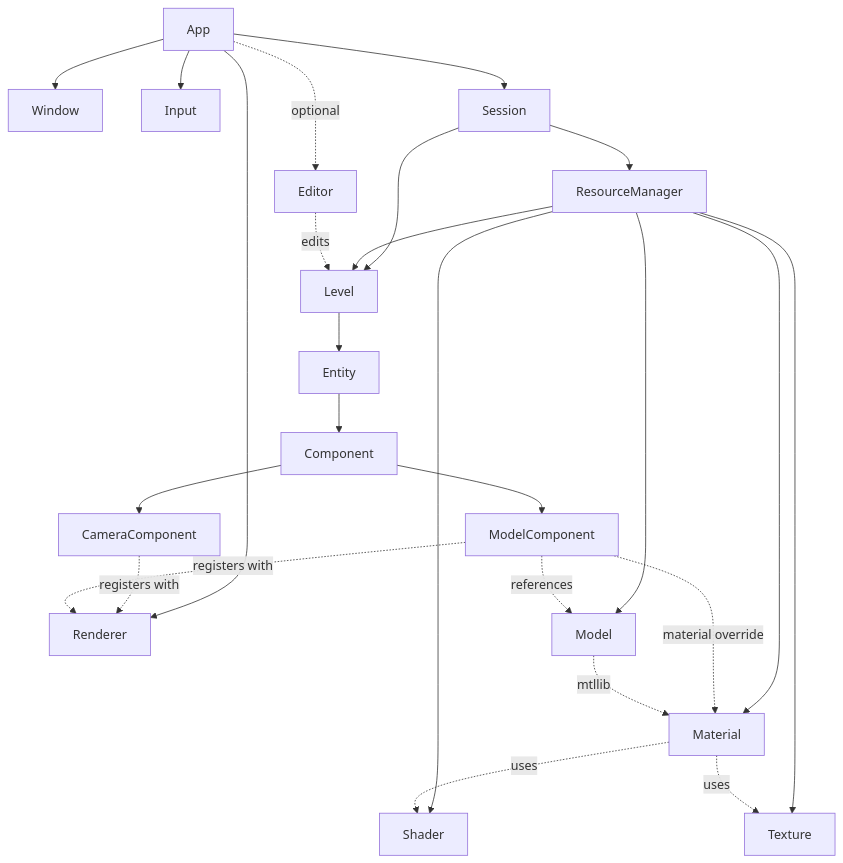
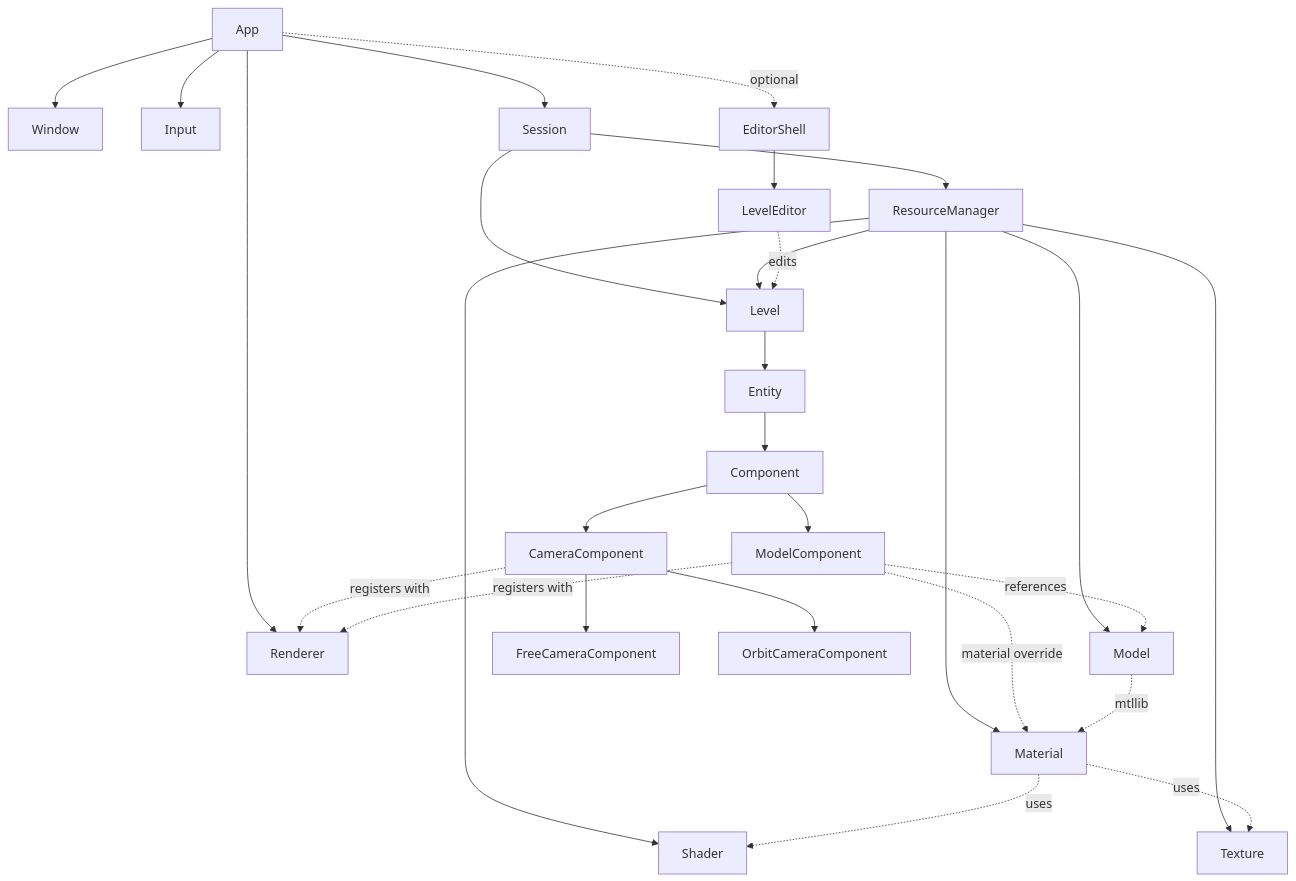
Before and after one commit to gabrielmaneru/gaia3: the diagram in README.md, drawn with Mermaid. The commit also changed other lines of this file and 81 other files, not shown here.

````diff
--- a/README.md
+++ b/README.md
@@ -273,31 +302,34 @@
 ```mermaid
 graph TD
     App --> Window
     App --> Input
     App --> Renderer
     App --> Session
-    App -. optional .-> Editor
+    App -. optional .-> EditorShell
+    EditorShell --> LevelEditor
 
     Session --> ResourceManager
     Session --> Level
     ResourceManager --> Level
     ResourceManager --> Model
     ResourceManager --> Material
     ResourceManager --> Shader
     ResourceManager --> Texture
 
     Level --> Entity
     Entity --> Component
     Component --> CameraComponent
+    CameraComponent --> FreeCameraComponent
+    CameraComponent --> OrbitCameraComponent
     Component --> ModelComponent
 
     CameraComponent -. registers with .-> Renderer
     ModelComponent -. registers with .-> Renderer
     ModelComponent -. references .-> Model
     ModelComponent -. material override .-> Material
     Model -. mtllib .-> Material
     Material -. uses .-> Shader
     Material -. uses .-> Texture
 
-    Editor -. edits .-> Level
+    LevelEditor -. edits .-> Level
 ```
````
